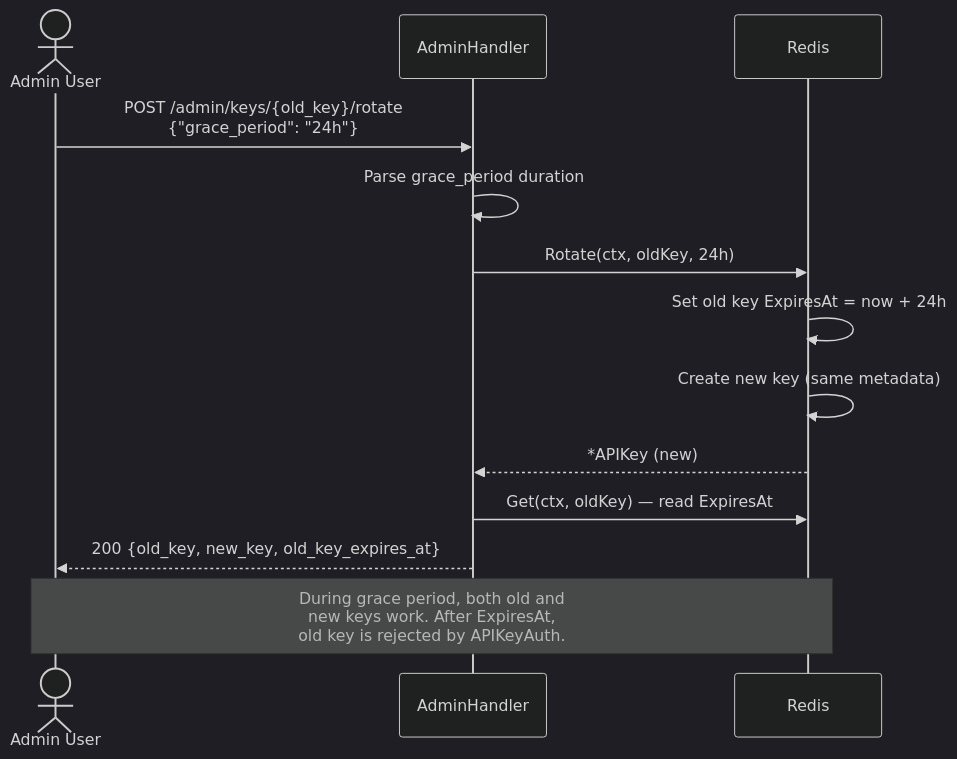
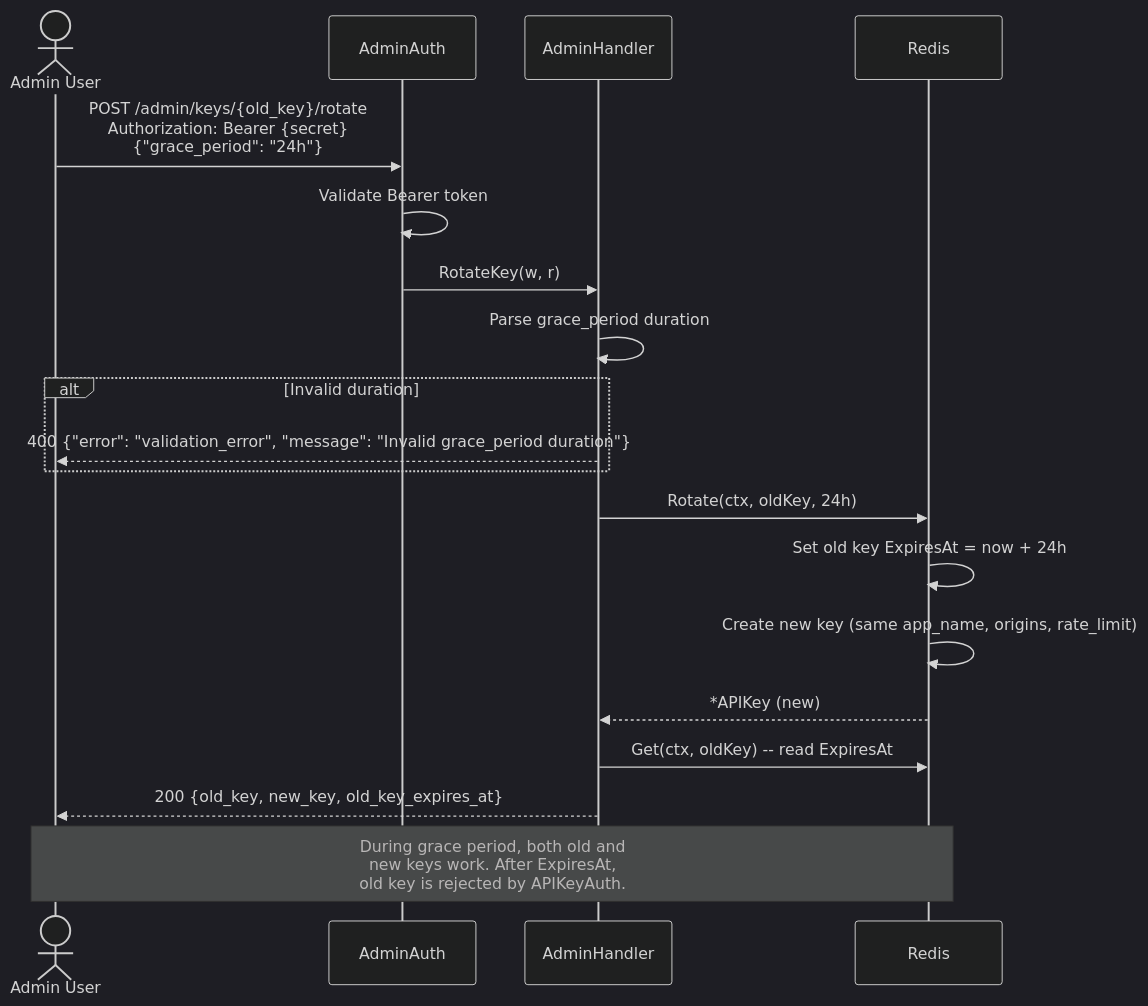
The eighth of 9 diagrams in docs/sequence-diagram.md (finish06/drug-gate), drawn with Mermaid (dark theme) before and after one commit. The commit also changed other lines of this file and 33 other files, not shown here.

````diff
--- a/docs/sequence-diagram.md
+++ b/docs/sequence-diagram.md
@@ -139,17 +407,25 @@
 ```mermaid
 sequenceDiagram
     actor Admin as Admin User
+    participant ADM as AdminAuth
     participant AH as AdminHandler
     participant RDS as Redis
 
-    Admin->>AH: POST /admin/keys/{old_key}/rotate<br/>{"grace_period": "24h"}
+    Admin->>ADM: POST /admin/keys/{old_key}/rotate<br/>Authorization: Bearer {secret}<br/>{"grace_period": "24h"}
+    ADM->>ADM: Validate Bearer token
+    ADM->>AH: RotateKey(w, r)
     AH->>AH: Parse grace_period duration
+
+    alt Invalid duration
+        AH-->>Admin: 400 {"error": "validation_error", "message": "Invalid grace_period duration"}
+    end
+
     AH->>RDS: Rotate(ctx, oldKey, 24h)
     RDS->>RDS: Set old key ExpiresAt = now + 24h
-    RDS->>RDS: Create new key (same metadata)
+    RDS->>RDS: Create new key (same app_name, origins, rate_limit)
     RDS-->>AH: *APIKey (new)
-    AH->>RDS: Get(ctx, oldKey) — read ExpiresAt
+    AH->>RDS: Get(ctx, oldKey) -- read ExpiresAt
     AH-->>Admin: 200 {old_key, new_key, old_key_expires_at}
 
     Note over Admin, RDS: During grace period, both old and<br/>new keys work. After ExpiresAt,<br/>old key is rejected by APIKeyAuth.
 ```
````
